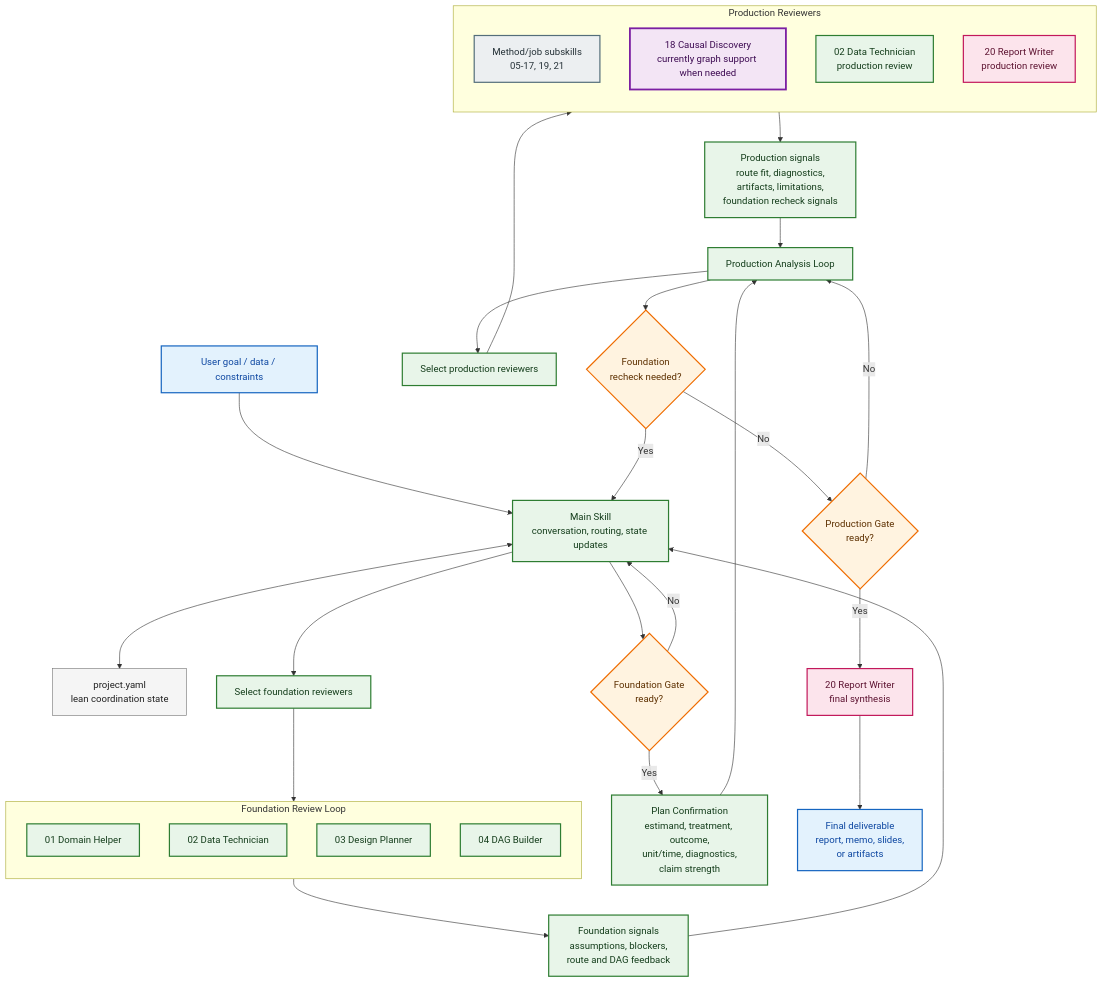
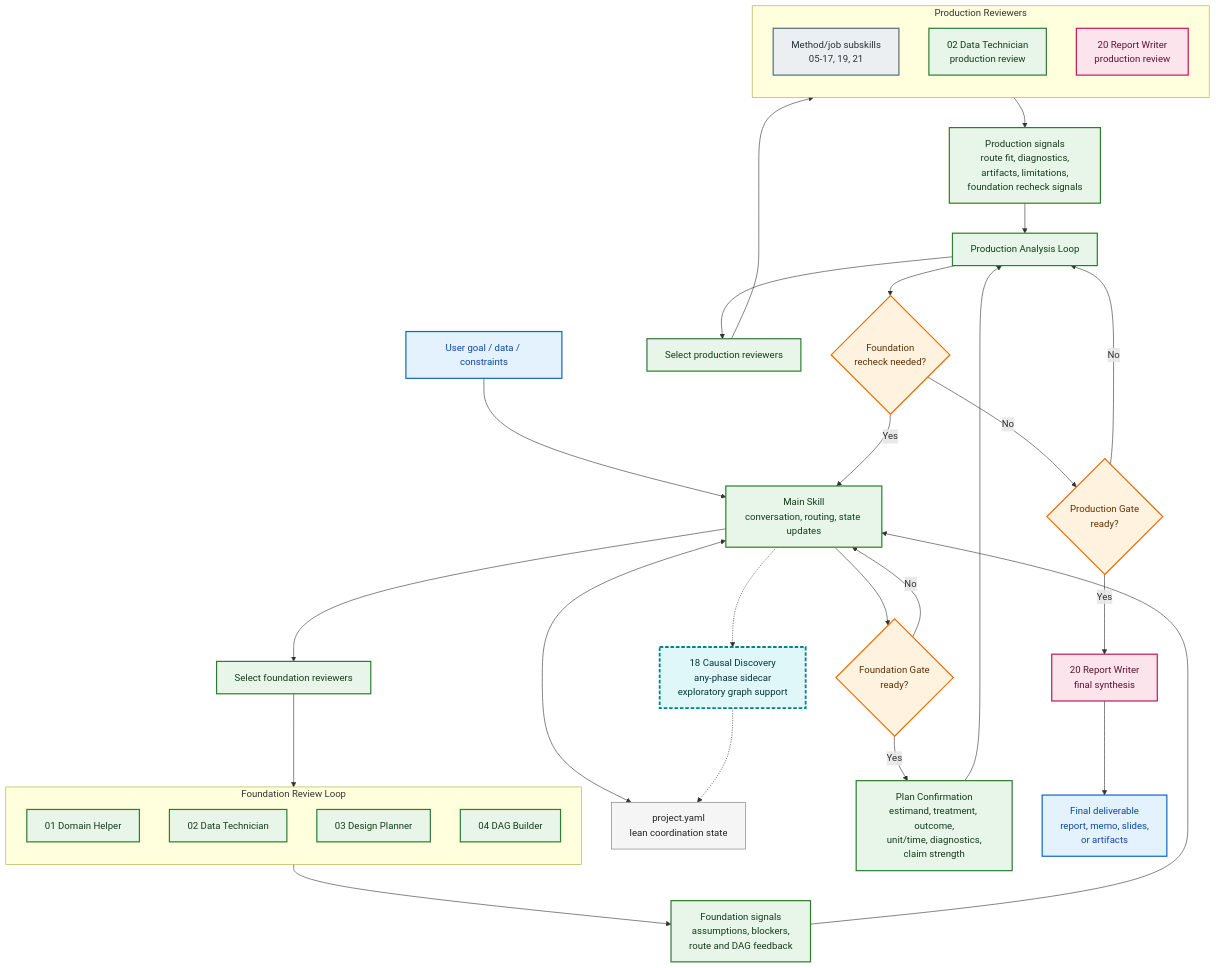
One commit to rqzhu-aide/causal-consultant changed the diagram in assets/workflow-mermaid.md. Above: the diagram before and after it, drawn with Mermaid. The commit also changed other lines of this file and 12 other files, not shown here.

Commit message:
Refine causal discovery sidecar workflow

````diff
--- a/assets/workflow-mermaid.md
+++ b/assets/workflow-mermaid.md
@@ -5,67 +5,68 @@
 ```mermaid
 flowchart TB
     U["User goal / data / constraints"]
     M["Main Skill<br/>conversation, routing, state updates"]
     Y["project.yaml<br/>lean coordination state"]
 
     U --> M
     M <--> Y
+    M -.-> CD["18 Causal Discovery<br/>any-phase sidecar<br/>exploratory graph support"]
+    CD -.-> Y
 
     M --> FSEL["Select foundation reviewers"]
 
     subgraph F["Foundation Review Loop"]
         direction TB
         DH["01 Domain Helper"]
         DT["02 Data Technician"]
         DP["03 Design Planner"]
         DAG["04 DAG Builder"]
     end
 
     FSEL --> F
     F --> FS["Foundation signals<br/>assumptions, blockers,<br/>route and DAG feedback"]
     FS --> M
 
     M --> FG{"Foundation Gate<br/>ready?"}
     FG -->|"No"| M
     FG -->|"Yes"| PC["Plan Confirmation<br/>estimand, treatment, outcome,<br/>unit/time, diagnostics,<br/>claim strength"]
 
     PC --> PA["Production Analysis Loop"]
     PA --> PSEL["Select production reviewers"]
 
     subgraph P["Production Reviewers"]
         direction TB
         MJ["Method/job subskills<br/>05-17, 19, 21"]
-        CD["18 Causal Discovery<br/>currently graph support when needed"]
         DT2["02 Data Technician<br/>production review"]
         RW2["20 Report Writer<br/>production review"]
     end
 
     PSEL --> P
     P --> PS["Production signals<br/>route fit, diagnostics,<br/>artifacts, limitations,<br/>foundation recheck signals"]
     PS --> PA
 
     PA --> FR{"Foundation<br/>recheck needed?"}
     FR -->|"Yes"| M
     FR -->|"No"| PG{"Production Gate<br/>ready?"}
 
     PG -->|"No"| PA
     PG -->|"Yes"| RW["20 Report Writer<br/>final synthesis"]
 
     RW --> D["Final deliverable<br/>report, memo, slides,<br/>or artifacts"]
 
     classDef user fill:#E3F2FD,stroke:#1565C0,color:#0D47A1,stroke-width:2px;
     classDef gate fill:#FFF3E0,stroke:#EF6C00,color:#5D3000,stroke-width:2px;
     classDef keyskill fill:#E8F5E9,stroke:#2E7D32,color:#143D1B,stroke-width:2px;
-    classDef discovery fill:#F3E5F5,stroke:#7B1FA2,color:#3D0B52,stroke-width:3px;
+    classDef sidecar fill:#E0F7FA,stroke:#00838F,color:#00363A,stroke-width:3px,stroke-dasharray: 6 3;
     classDef method fill:#ECEFF1,stroke:#546E7A,color:#263238,stroke-width:2px;
     classDef report fill:#FCE4EC,stroke:#C2185B,color:#5C1230,stroke-width:2px;
     classDef state fill:#F5F5F5,stroke:#757575,color:#212121,stroke-width:1px;
 
     class U,D user;
     class FG,FR,PG gate;
     class M,DH,DT,DP,DAG,DT2,FSEL,FS,PC,PA,PSEL,PS keyskill;
-    class CD discovery;
+    class CD sidecar;
     class MJ method;
     class RW2,RW report;
     class Y state;
 ```
````
